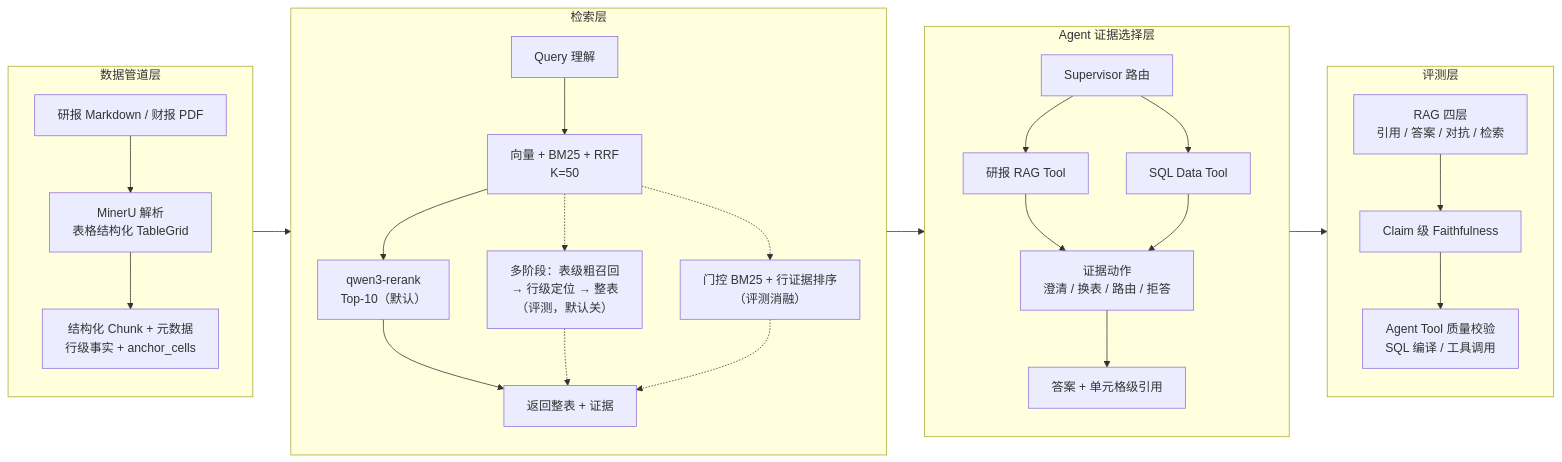
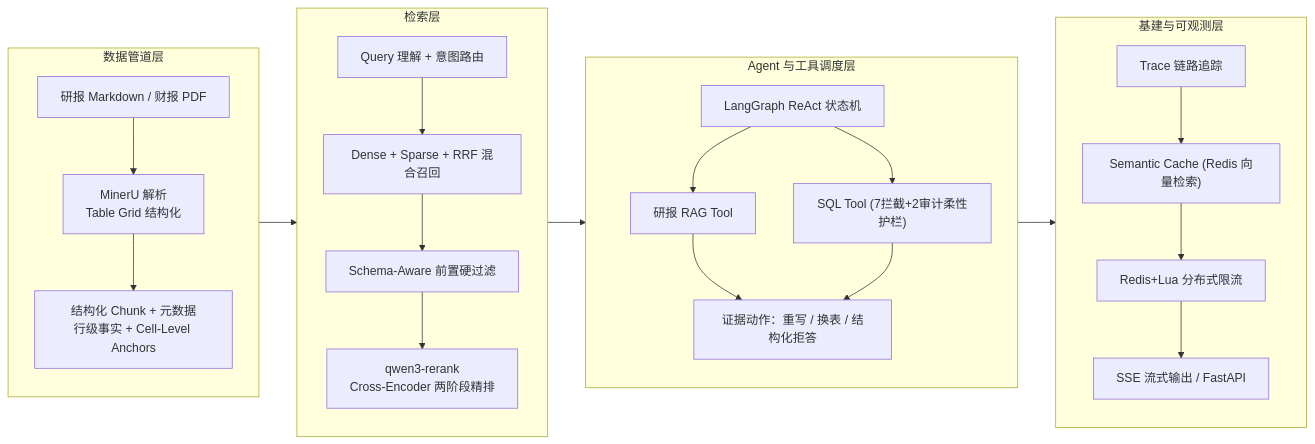
Before and after one commit to autumnieave/table-evidence-rag: the diagram in README.md, drawn with Mermaid. The commit also changed other lines of this file, not shown here.

Commit message:
docs: 更新 README 对齐最新指标与语义缓存/Redis 架构

````diff
--- a/README.md
+++ b/README.md
@@ -23,32 +23,28 @@
 ```mermaid
 flowchart LR
     subgraph D[数据管道层]
-        D1["研报 Markdown / 财报 PDF"] --> D2["MinerU 解析<br/>表格结构化 TableGrid"]
-        D2 --> D3["结构化 Chunk + 元数据<br/>行级事实 + anchor_cells"]
+        D1["研报 Markdown / 财报 PDF"] --> D2["MinerU 解析<br/>Table Grid 结构化"]
+        D2 --> D3["结构化 Chunk + 元数据<br/>行级事实 + Cell-Level Anchors"]
     end
 
     subgraph R[检索层]
-        R1["Query 理解"] --> R2["向量 + BM25 + RRF<br/>K=50"]
-        R2 --> R3["qwen3-rerank<br/>Top-10（默认）"]
-        R2 -.-> R3B["多阶段：表级粗召回<br/>→ 行级定位 → 整表<br/>（评测，默认关）"]
-        R2 -.-> R3C["门控 BM25 + 行证据排序<br/>（评测消融）"]
-        R3 --> R4["返回整表 + 证据"]
-        R3B -.-> R4
-        R3C -.-> R4
+        R1["Query 理解 + 意图路由"] --> R2["Dense + Sparse + RRF 混合召回"]
+        R2 --> R3["Schema-Aware 前置硬过滤"]
+        R3 --> R4["qwen3-rerank<br/>Cross-Encoder 两阶段精排"]
     end
 
-    subgraph A[Agent 证据选择层]
-        A1["Supervisor 路由"] --> A2["研报 RAG Tool"]
-        A1 --> A3["SQL Data Tool"]
-        A2 --> A4["证据动作<br/>澄清 / 换表 / 路由 / 拒答"]
+    subgraph A[Agent 与工具调度层]
+        A1["LangGraph ReAct 状态机"] --> A2["研报 RAG Tool"]
+        A1 --> A3["SQL Tool (7拦截+2审计柔性护栏)"]
+        A2 --> A4["证据动作：重写 / 换表 / 结构化拒答"]
         A3 --> A4
-        A4 --> A5["答案 + 单元格级引用"]
     end
 
-    subgraph E[评测层]
-        E1["RAG 四层<br/>引用 / 答案 / 对抗 / 检索"] --> E2["Claim 级 Faithfulness"]
-        E2 --> E3["Agent Tool 质量校验<br/>SQL 编译 / 工具调用"]
+    subgraph I[基建与可观测层]
+        I1["Trace 链路追踪"] --> I2["Semantic Cache (Redis 向量检索)"]
+        I2 --> I3["Redis+Lua 分布式限流"]
+        I3 --> I4["SSE 流式输出 / FastAPI"]
     end
 
-    D --> R --> A --> E
+    D --> R --> A --> I
 ```
````
